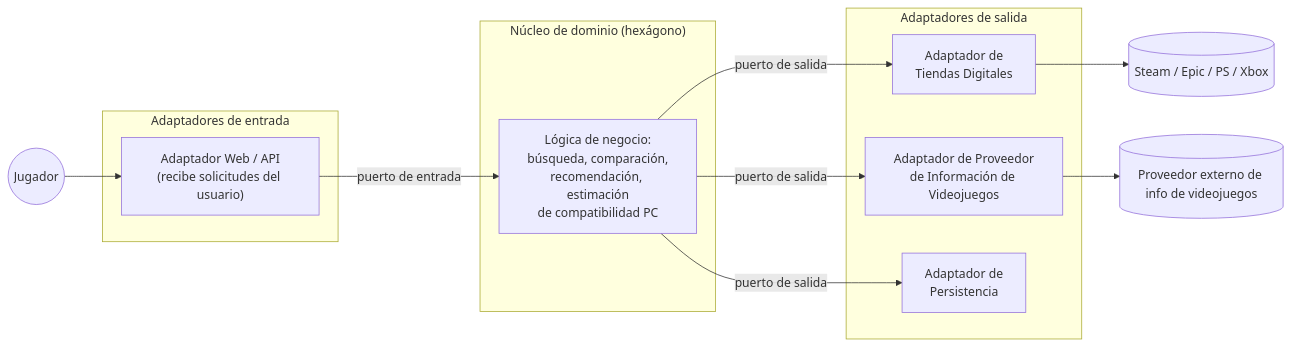
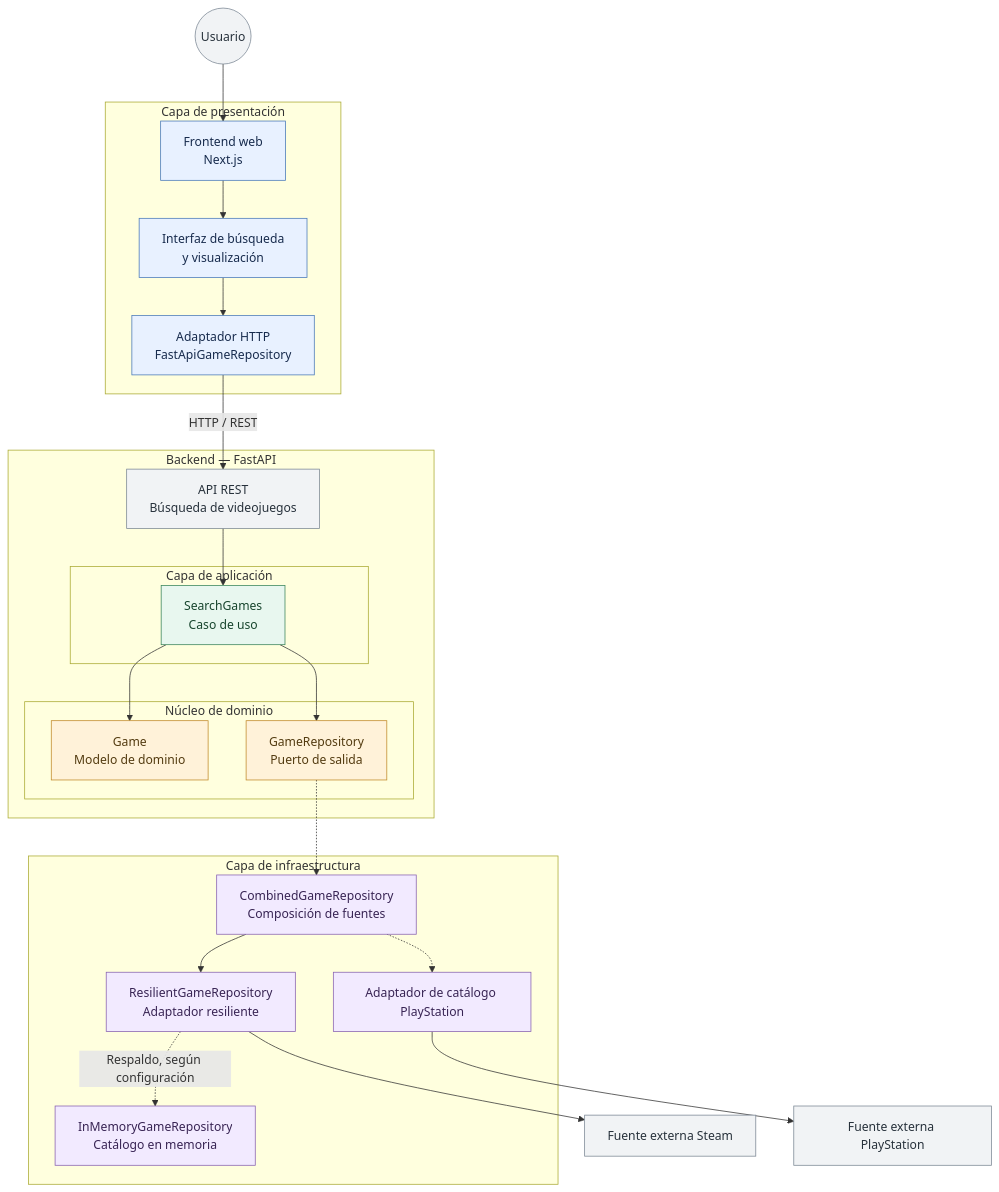
One commit to ISCOUTB/AS_202620_Drift changed the first of 3 diagrams in docs/arc42/arc42_5_vista_bloques.md. Above: the diagram before and after it, drawn with Mermaid. The commit also changed other lines of this file, not shown here.

First line of the commit message:
Revise architectural view and block responsibilities

````diff
--- a/docs/arc42/arc42_5_vista_bloques.md
+++ b/docs/arc42/arc42_5_vista_bloques.md
@@ -9,24 +17,60 @@
 ```mermaid
-flowchart LR
-    subgraph Entrada["Adaptadores de entrada"]
-        UI["Adaptador Web / API<br/>(recibe solicitudes del usuario)"]
+flowchart TB
+    USER(("Usuario"))
+
+    subgraph PRESENTATION["Capa de presentación"]
+        FRONTEND["Frontend web<br/>Next.js"]
+        UI["Interfaz de búsqueda<br/>y visualización"]
+        HTTP["Adaptador HTTP<br/>FastApiGameRepository"]
+        FRONTEND --> UI
+        UI --> HTTP
     end
 
-    subgraph Nucleo["Núcleo de dominio (hexágono)"]
-        CORE["Lógica de negocio:<br/>búsqueda, comparación,<br/>recomendación, estimación<br/>de compatibilidad PC"]
+    subgraph BACKEND["Backend — FastAPI"]
+        API["API REST<br/>Búsqueda de videojuegos"]
+
+        subgraph APPLICATION["Capa de aplicación"]
+            SEARCH["SearchGames<br/>Caso de uso"]
+        end
+
+        subgraph DOMAIN["Núcleo de dominio"]
+            GAME["Game<br/>Modelo de dominio"]
+            PORT["GameRepository<br/>Puerto de salida"]
+        end
+
+        API --> SEARCH
+        SEARCH --> GAME
+        SEARCH --> PORT
     end
 
-    subgraph Salida["Adaptadores de salida"]
-        TIENDAS["Adaptador de<br/>Tiendas Digitales"]
-        INFO["Adaptador de Proveedor<br/>de Información de Videojuegos"]
-        PERSIST["Adaptador de<br/>Persistencia"]
+    subgraph INFRASTRUCTURE["Capa de infraestructura"]
+        COMBINED["CombinedGameRepository<br/>Composición de fuentes"]
+        RESILIENT["ResilientGameRepository<br/>Adaptador resiliente"]
+        MEMORY["InMemoryGameRepository<br/>Catálogo en memoria"]
+        PS["Adaptador de catálogo PlayStation"]
     end
 
-    Usuario((Jugador)) --> UI
-    UI -->|puerto de entrada| CORE
-    CORE -->|puerto de salida| TIENDAS
-    CORE -->|puerto de salida| INFO
-    CORE -->|puerto de salida| PERSIST
-    TIENDAS --> ExtTiendas[("Steam / Epic / PS / Xbox")]
-    INFO --> ExtInfo[("Proveedor externo de info de videojuegos")]
+    STEAM["Fuente externa Steam"]
+    PLAYSTATION["Fuente externa PlayStation"]
+
+    USER --> FRONTEND
+    HTTP -->|"HTTP / REST"| API
+    PORT -.-> COMBINED
+    COMBINED --> RESILIENT
+    RESILIENT --> STEAM
+    RESILIENT -.->|"Respaldo, según configuración"| MEMORY
+    COMBINED -.-> PS
+    PS --> PLAYSTATION
+
+    classDef presentation fill:#E8F1FF,stroke:#4778B8,color:#172B4D
+    classDef application fill:#E8F7EF,stroke:#39845B,color:#17452D
+    classDef domain fill:#FFF2D9,stroke:#C18A2B,color:#533B10
+    classDef infrastructure fill:#F2EAFF,stroke:#8761B0,color:#382454
+    classDef external fill:#F1F3F5,stroke:#7B8794,color:#27313B
+
+    class FRONTEND,UI,HTTP presentation
+    class SEARCH application
+    class GAME,PORT domain
+    class COMBINED,RESILIENT,MEMORY,PS infrastructure
+    class USER,API,STEAM,PLAYSTATION external
 ```
````
